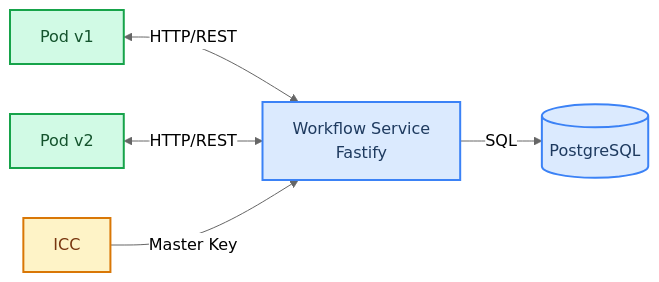
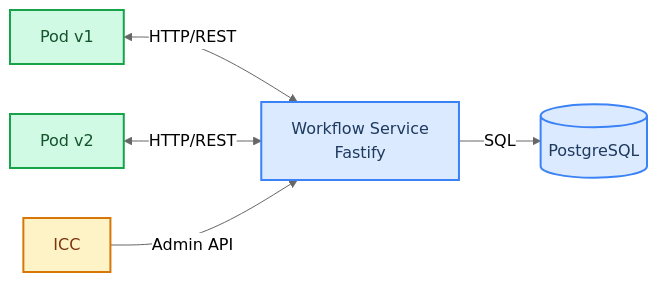
One commit to platformatic/platformatic-world changed the diagram in README.md. Above: the diagram before and after it, drawn with Mermaid (neutral theme).

Commit message:
e2e vercel tests -complete

````diff
--- a/README.md
+++ b/README.md
@@ -9,20 +9,20 @@
 ```mermaid
 graph LR
     PodV1["Pod v1"]
     PodV2["Pod v2"]
     ICC["ICC"]
     WF["Workflow Service
     Fastify"]
     PG[("PostgreSQL")]
 
     PodV1 <-->|"HTTP/REST"| WF
     PodV2 <-->|"HTTP/REST"| WF
-    ICC -->|"Master Key"| WF
+    ICC -->|"Admin API"| WF
     WF -->|"SQL"| PG
 
     style WF fill:#dbeafe,stroke:#3b82f6,stroke-width:2px,color:#1e3a5f
     style PG fill:#dbeafe,stroke:#3b82f6,stroke-width:2px,color:#1e3a5f
     style PodV1 fill:#d1fae5,stroke:#16a34a,stroke-width:2px,color:#14532d
     style PodV2 fill:#d1fae5,stroke:#16a34a,stroke-width:2px,color:#14532d
     style ICC fill:#fef3c7,stroke:#d97706,stroke-width:2px,color:#78350f
 ```
````
